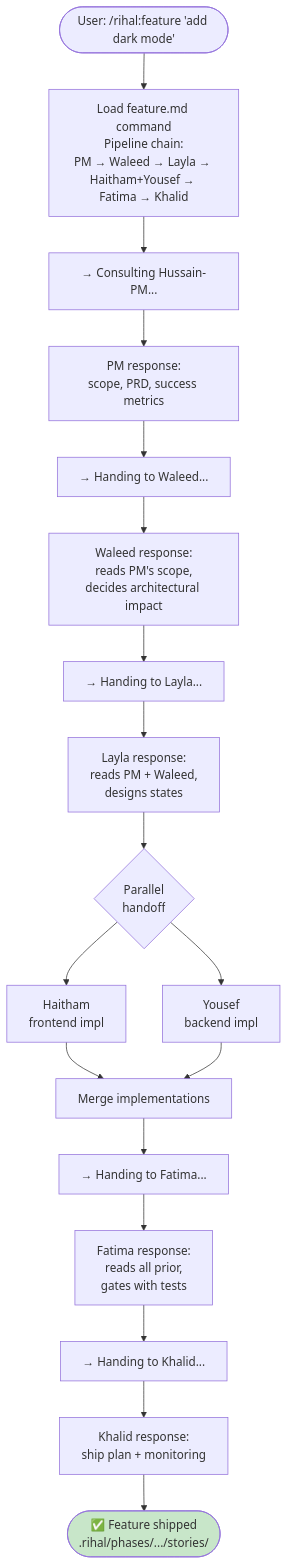
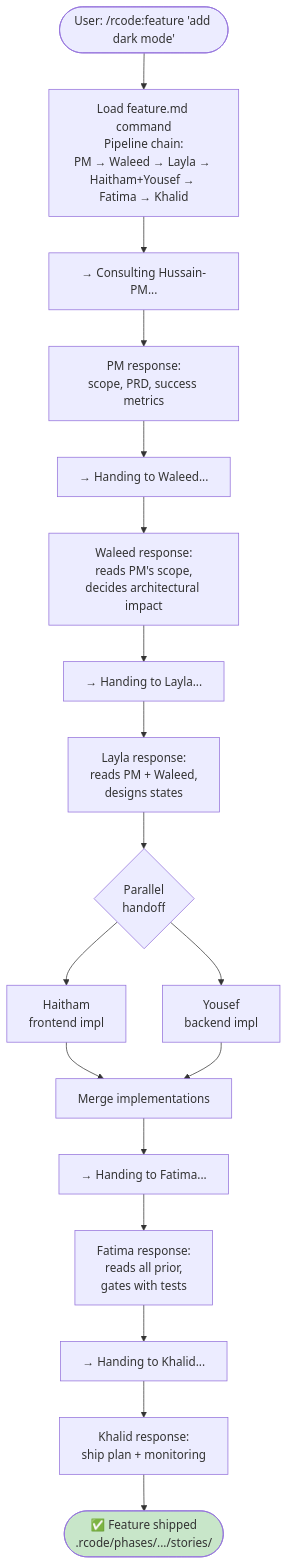
One commit to hanzlahabib/rcode changed the second of 5 diagrams in docs/METHODOLOGY.md. Above: the diagram before and after it, drawn with Mermaid. The commit also changed other lines of this file and 2173 other files, not shown here.

First line of the commit message:
refactor!: rename rihal → rcode across entire codebase — v4.0 prep

````diff
--- a/docs/METHODOLOGY.md
+++ b/docs/METHODOLOGY.md
@@ -194,22 +194,22 @@
 ```mermaid
 graph TD
-    Start([User: /rihal:feature 'add dark mode']) --> Load[Load feature.md command<br/>Pipeline chain:<br/>PM → Waleed → Layla → Haitham+Yousef → Fatima → Khalid]
+    Start([User: /rcode:feature 'add dark mode']) --> Load[Load feature.md command<br/>Pipeline chain:<br/>PM → Waleed → Layla → Haitham+Yousef → Fatima → Khalid]
     Load --> A1["→ Consulting Hussain-PM..."]
     A1 --> R1[PM response:<br/>scope, PRD, success metrics]
     R1 --> A2["→ Handing to Waleed..."]
     A2 --> R2[Waleed response:<br/>reads PM's scope,<br/>decides architectural impact]
     R2 --> A3["→ Handing to Layla..."]
     A3 --> R3[Layla response:<br/>reads PM + Waleed,<br/>designs states]
     R3 --> Branch{Parallel<br/>handoff}
     Branch --> H[Haitham<br/>frontend impl]
     Branch --> Y[Yousef<br/>backend impl]
     H --> Merge[Merge implementations]
     Y --> Merge
     Merge --> A5["→ Handing to Fatima..."]
     A5 --> R5[Fatima response:<br/>reads all prior,<br/>gates with tests]
     R5 --> A6["→ Handing to Khalid..."]
     A6 --> R6[Khalid response:<br/>ship plan + monitoring]
-    R6 --> Done([✅ Feature shipped<br/>.rihal/phases/.../stories/])
+    R6 --> Done([✅ Feature shipped<br/>.rcode/phases/.../stories/])
 
     style Done fill:#c8e6c9
 ```
````
